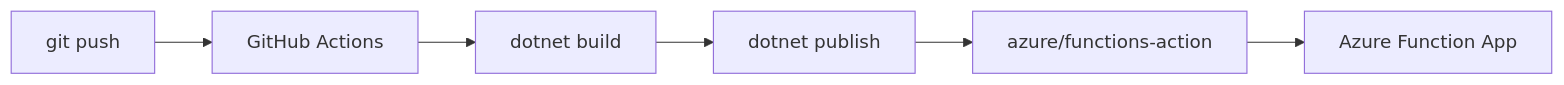
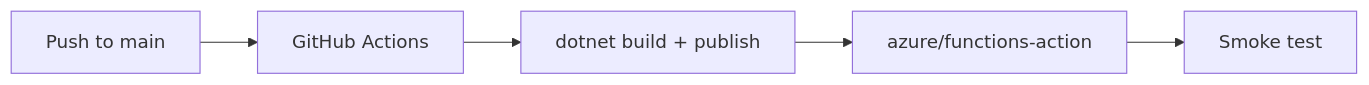
One commit to yeongseon/azure-functions-practical-guide changed the diagram in docs/language-guides/dotnet/tutorial/consumption/06-ci-cd.md. Above: the diagram before and after it, drawn with Mermaid. The commit also changed other lines of this file and 7 other files, not shown here.

````diff
--- a/docs/language-guides/dotnet/tutorial/consumption/06-ci-cd.md
+++ b/docs/language-guides/dotnet/tutorial/consumption/06-ci-cd.md
@@ -76,8 +34,7 @@
 ```mermaid
 flowchart LR
-    A[git push] --> B[GitHub Actions]
-    B --> C[dotnet build]
-    C --> D[dotnet publish]
-    D --> E["azure/functions-action"]
-    E --> F[Azure Function App]
+    A[Push to main] --> B[GitHub Actions]
+    B --> C[dotnet build + publish]
+    C --> D[azure/functions-action]
+    D --> E[Smoke test]
 ```
````
